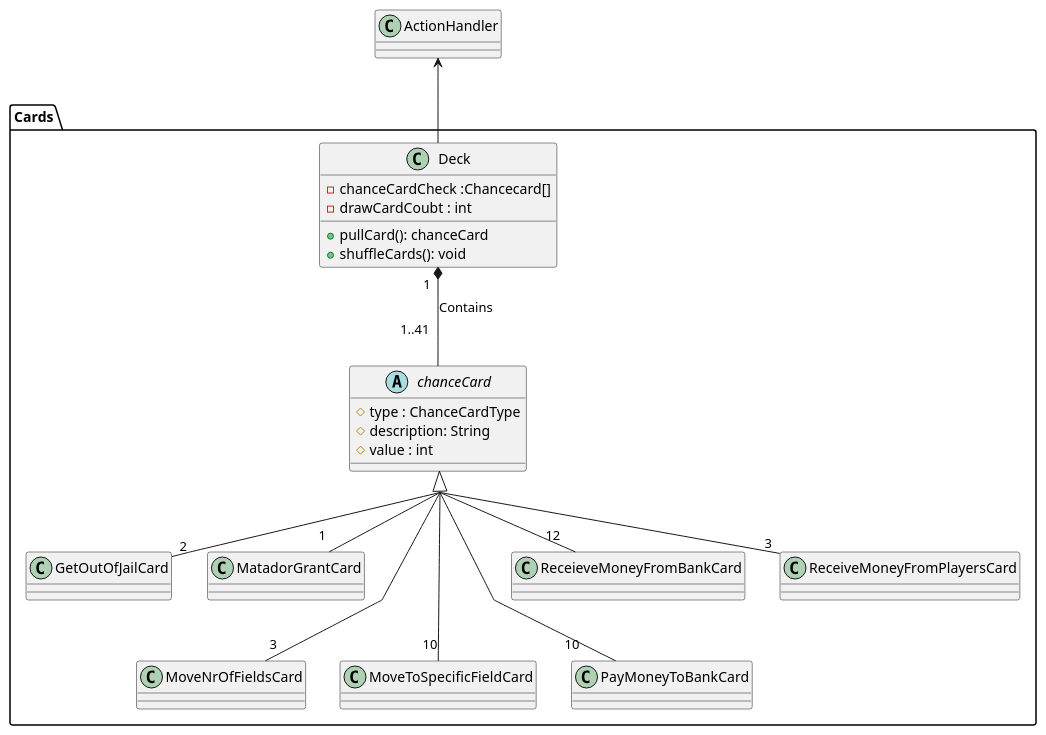
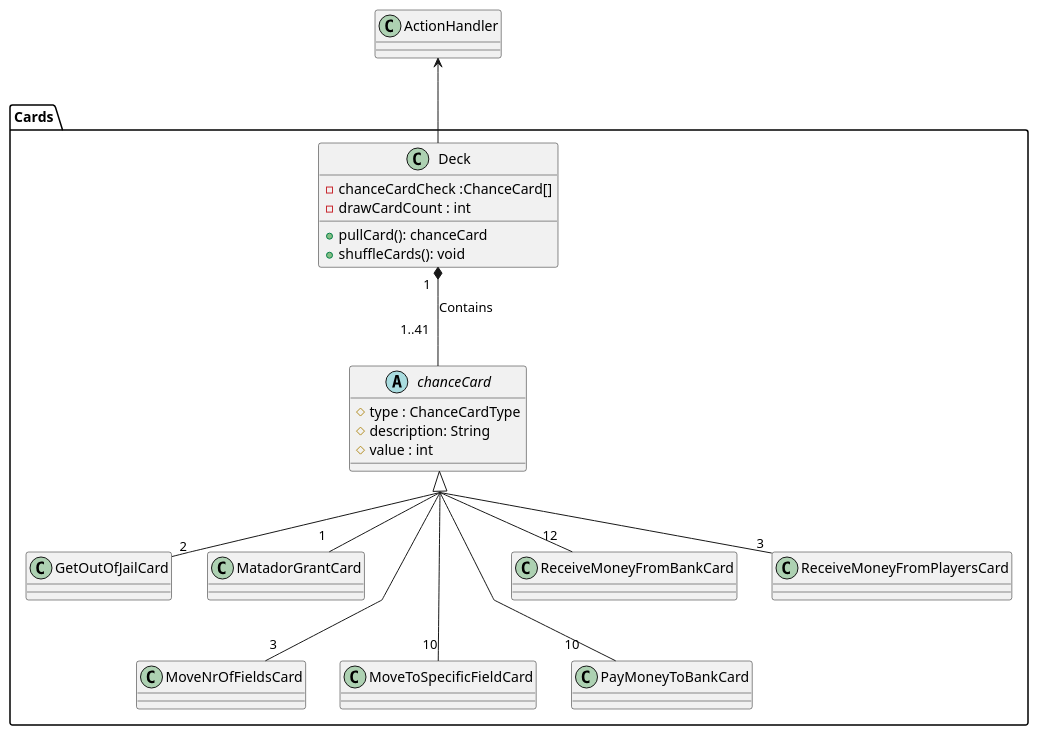
Before and after one commit to Greve2001/CDIO-final: the diagram in diagrams/Cards_Package_Class_Diagram.puml, drawn with PlantUML.

Commit message:
corrected spelling mistakes

```diff
--- a/diagrams/Cards_Package_Class_Diagram.puml
+++ b/diagrams/Cards_Package_Class_Diagram.puml
@@ -1,58 +1,58 @@
 @startuml
 'https://plantuml.com/class-diagram
 
 skinparam groupInheritance 2
 
 
 
 skinparam linetype polyline
 package Cards
 {
    abstract class chanceCard{
        #type : ChanceCardType
        #description: String
        #value : int
    }
    class Deck{
-      -chanceCardCheck :Chancecard[]
-      -drawCardCoubt : int
+      -chanceCardCheck :ChanceCard[]
+      -drawCardCount : int
 
       +pullCard(): chanceCard
       +shuffleCards(): void
    }
    class GetOutOfJailCard{
    }
    class MatadorGrantCard{
    }
    class MoveNrOfFieldsCard{
    }
    class MoveToSpecificFieldCard{
    }
    class PayMoneyToBankCard{
    }
-   class ReceieveMoneyFromBankCard{
+   class ReceiveMoneyFromBankCard{
    }
    class ReceiveMoneyFromPlayersCard{
    }
 
 
 }
 
 Deck "1  " *-- "1..41  " chanceCard: Contains \t
 
 ActionHandler <-- Deck
 
 
 chanceCard <|-- "2" GetOutOfJailCard
 chanceCard <|-- "1    " MatadorGrantCard
 chanceCard <|--- "3" MoveNrOfFieldsCard
 chanceCard <|--- "10" MoveToSpecificFieldCard
 chanceCard <|--- "        10     " PayMoneyToBankCard
-chanceCard <|-- "12" ReceieveMoneyFromBankCard
+chanceCard <|-- "12" ReceiveMoneyFromBankCard
 chanceCard <|-- "3" ReceiveMoneyFromPlayersCard
 
 
 
 
 
 @enduml
```
